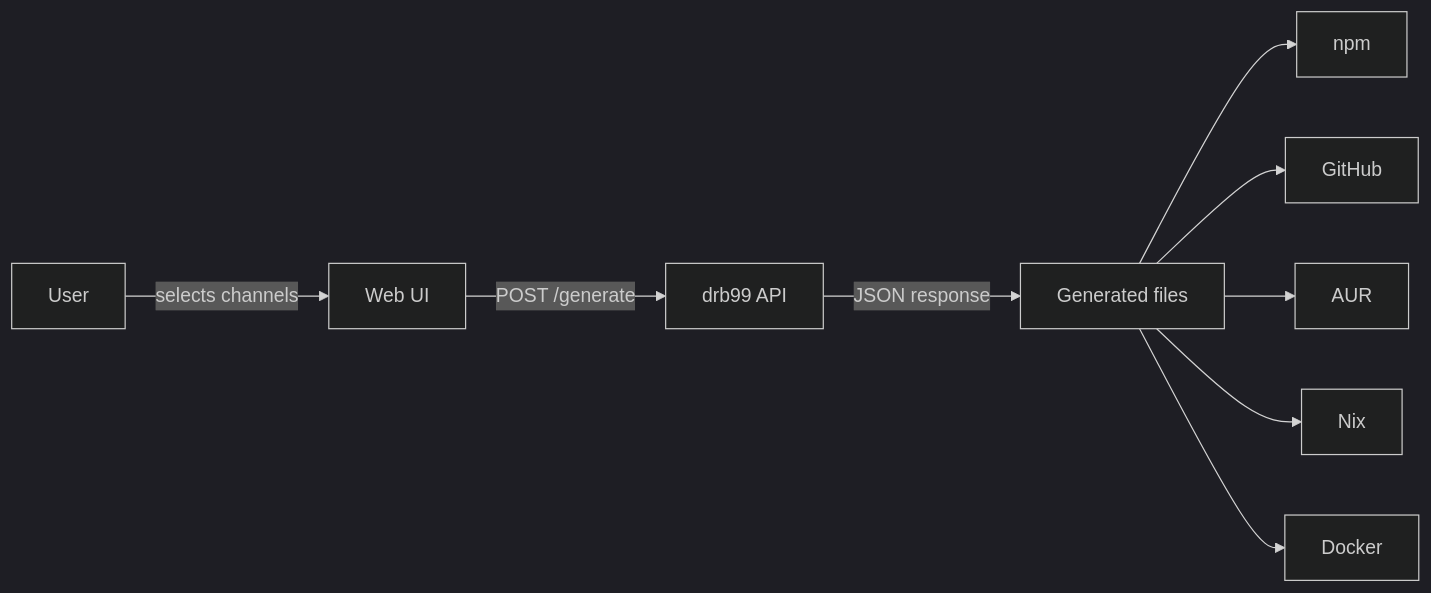
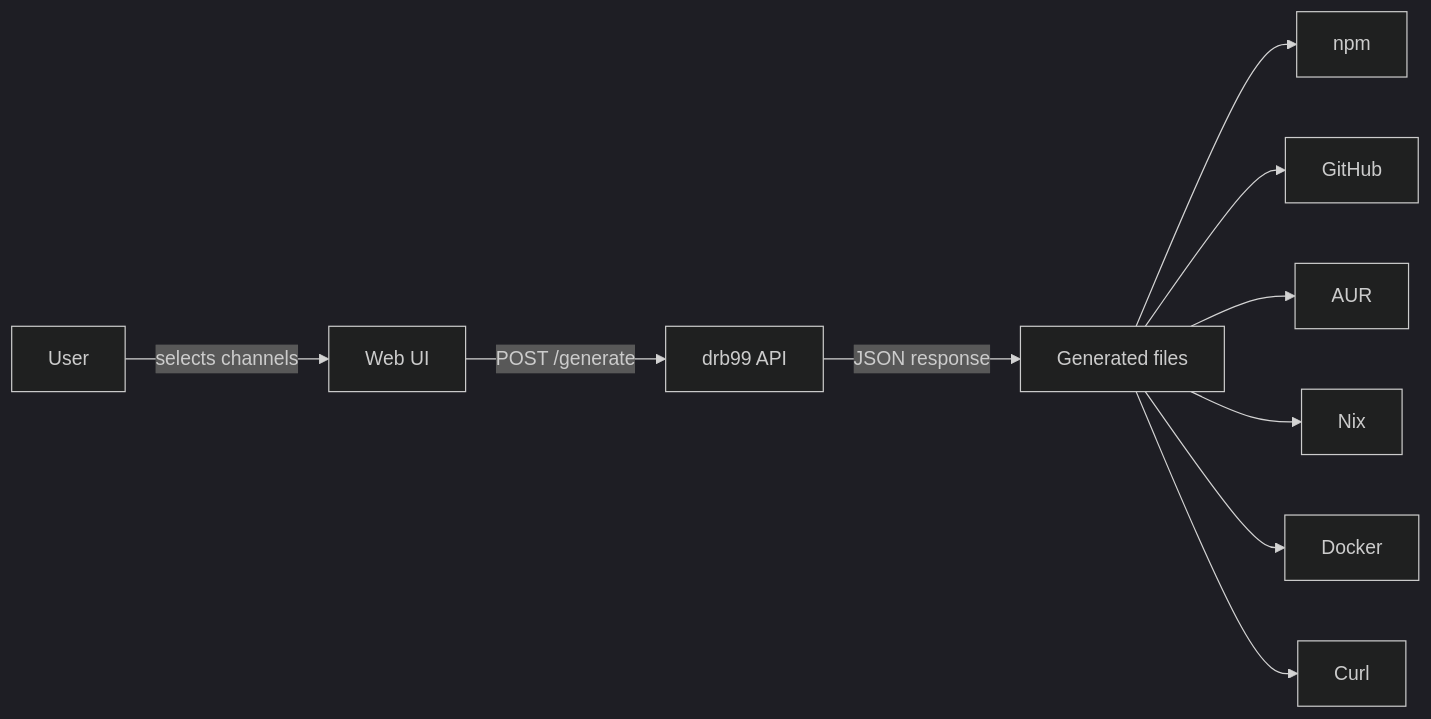
The diagram in README.md (bashnko/drb99), drawn with Mermaid (dark theme) before and after one commit. The commit also changed other lines of this file and 1 other file, not shown here.

Commit message:
docs(readme): add Curl to supported installation channels

````diff
--- a/README.md
+++ b/README.md
@@ -29,7 +30,7 @@
 ```mermaid
 flowchart LR
     User -->|selects channels| UI[Web UI]
     UI -->|POST /generate| API[drb99 API]
     API -->|JSON response| Files[Generated files]
-    Files --> npm & GitHub & AUR & Nix & Docker
+    Files --> npm & GitHub & AUR & Nix & Docker & Curl
 ```
````
